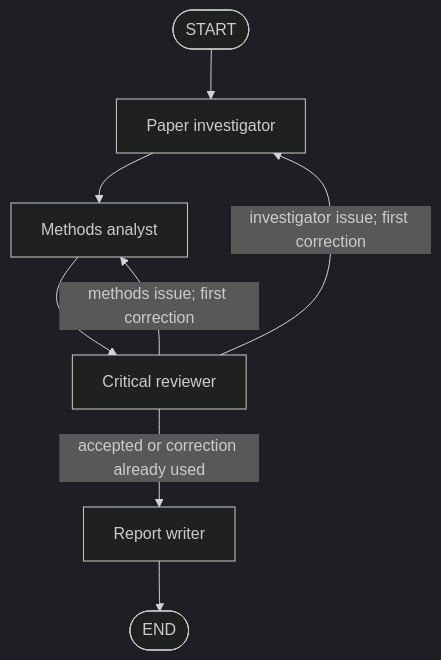
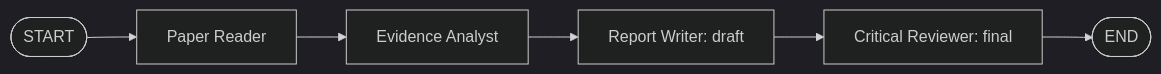
One commit to jeeth-kataria/researchagent changed the diagram in README.md. Above: the diagram before and after it, drawn with Mermaid (dark theme). The commit also changed other lines of this file and 16 other files, not shown here.

````diff
--- a/README.md
+++ b/README.md
@@ -52,10 +41,5 @@
 ```mermaid
-flowchart TD
-    S([START]) --> I[Paper investigator]
-    I --> M[Methods analyst]
-    M --> R[Critical reviewer]
-    R -->|accepted or correction already used| W[Report writer]
-    R -->|investigator issue; first correction| I
-    R -->|methods issue; first correction| M
-    W --> E([END])
+flowchart LR
+    S([START]) --> R[Paper Reader] --> A[Evidence Analyst]
+    A --> W[Report Writer: draft] --> C[Critical Reviewer: final] --> E([END])
 ```
````
